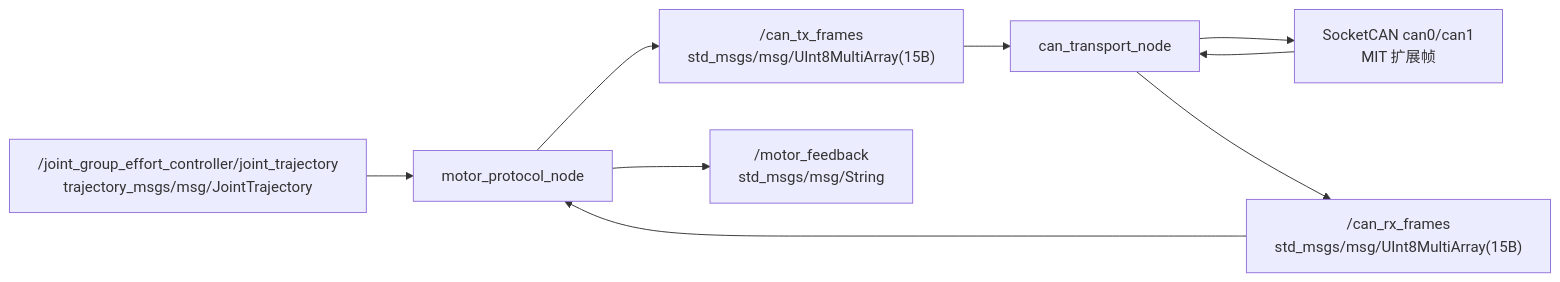
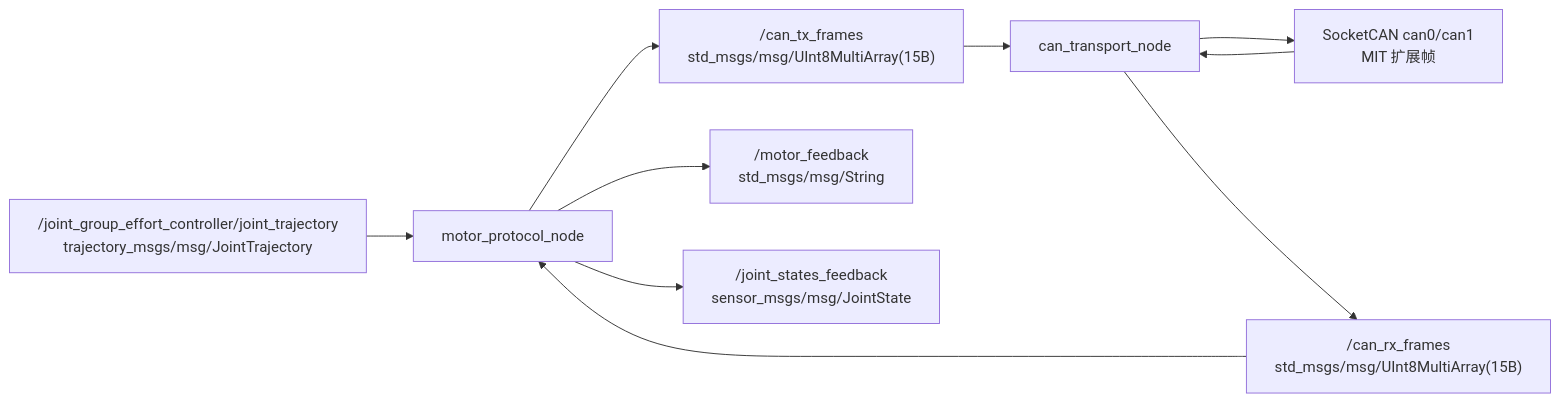
Before and after one commit to deep-diary/trotbot_ws: the first of 2 diagrams in README.md, drawn with Mermaid. The commit also changed other lines of this file and 6 other files, not shown here.

First line of the commit message:
docs(trotbot): sync architecture and run guides with current stack

````diff
--- a/README.md
+++ b/README.md
@@ -374,11 +376,12 @@
 ```mermaid
 flowchart LR
   A["/joint_group_effort_controller/joint_trajectory<br/>trajectory_msgs/msg/JointTrajectory"] --> B["motor_protocol_node"]
   B --> C["/can_tx_frames<br/>std_msgs/msg/UInt8MultiArray(15B)"]
   C --> D["can_transport_node"]
   D --> E["SocketCAN can0/can1<br/>MIT 扩展帧"]
   E --> D
   D --> F["/can_rx_frames<br/>std_msgs/msg/UInt8MultiArray(15B)"]
   F --> B
   B --> G["/motor_feedback<br/>std_msgs/msg/String"]
+  B --> H["/joint_states_feedback<br/>sensor_msgs/msg/JointState"]
 ```
````
